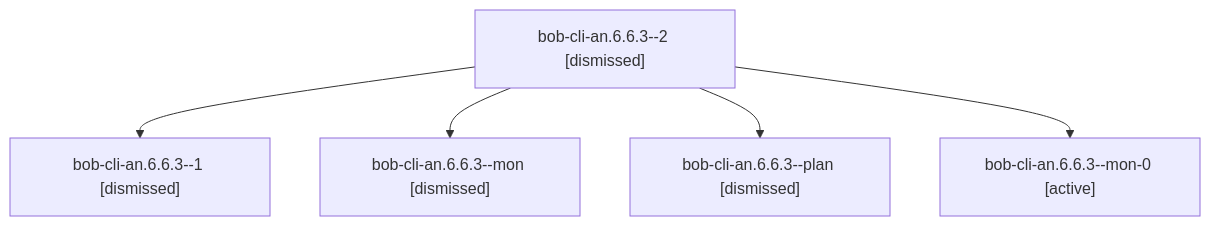
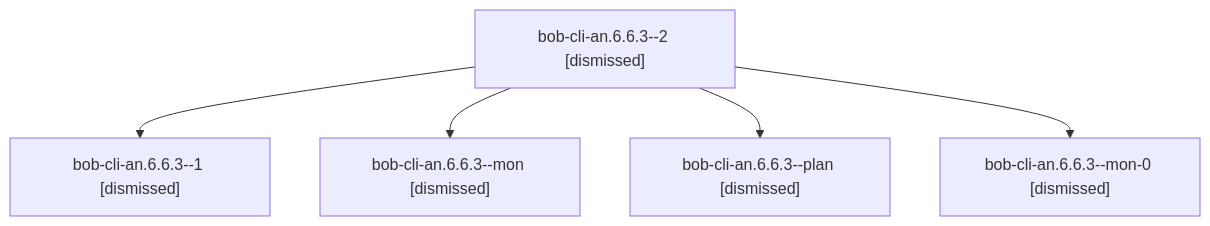
One commit to bobs-org/bob-cli--agents changed the diagram in sessions/bbugyi200.athena.bob-cli-an.6.6.3.md. Above: the diagram before and after it, drawn with Mermaid. The commit also changed other lines of this file and 557 other files, not shown here.

````diff
--- a/sessions/bbugyi200.athena.bob-cli-an.6.6.3.md
+++ b/sessions/bbugyi200.athena.bob-cli-an.6.6.3.md
@@ -9,12 +9,12 @@
 ```mermaid
 flowchart TD
   n0["bob-cli-an.6.6.3--2 [dismissed]"]
   n1["bob-cli-an.6.6.3--1 [dismissed]"]
   n0 --> n1
   n2["bob-cli-an.6.6.3--mon [dismissed]"]
   n0 --> n2
   n3["bob-cli-an.6.6.3--plan [dismissed]"]
   n0 --> n3
-  n4["bob-cli-an.6.6.3--mon-0 [active]"]
+  n4["bob-cli-an.6.6.3--mon-0 [dismissed]"]
   n0 --> n4
 ```
````
